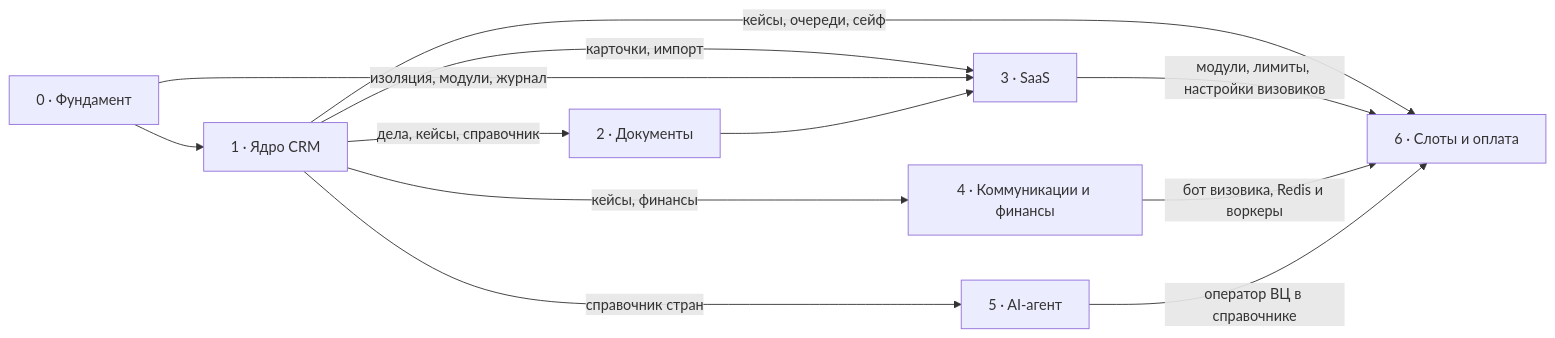
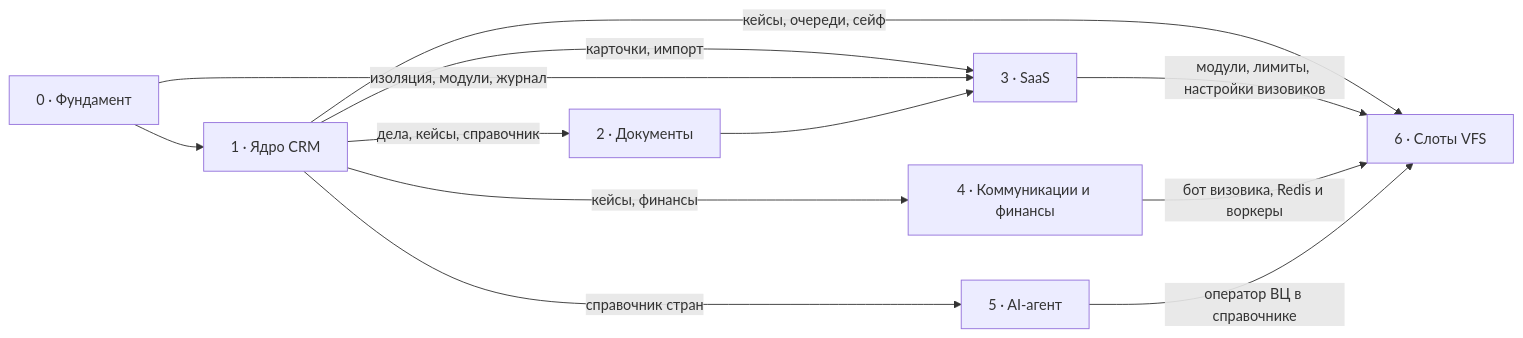
The second of 2 diagrams in docs/roadmap.md (SvamiBog/visa_crm), drawn with Mermaid before and after one commit. The commit also changed other lines of this file and 4 other files, not shown here.

````diff
--- a/docs/roadmap.md
+++ b/docs/roadmap.md
@@ -56,14 +55,14 @@
 ```mermaid
 flowchart LR
   E0["0 · Фундамент"] --> E1["1 · Ядро CRM"]
   E1 -->|"дела, кейсы, справочник"| E2["2 · Документы"]
   E1 -->|"карточки, импорт"| E3["3 · SaaS"]
   E0 -->|"изоляция, модули, журнал"| E3
   E2 --> E3
   E1 -->|"кейсы, финансы"| E4["4 · Коммуникации и финансы"]
   E1 -->|"справочник стран"| E5["5 · AI-агент"]
-  E1 -->|"кейсы, очереди, сейф"| E6["6 · Слоты и оплата"]
+  E1 -->|"кейсы, очереди, сейф"| E6["6 · Слоты VFS"]
   E3 -->|"модули, лимиты, настройки визовиков"| E6
   E4 -->|"бот визовика, Redis и воркеры"| E6
   E5 -->|"оператор ВЦ в справочнике"| E6
 ```
````
